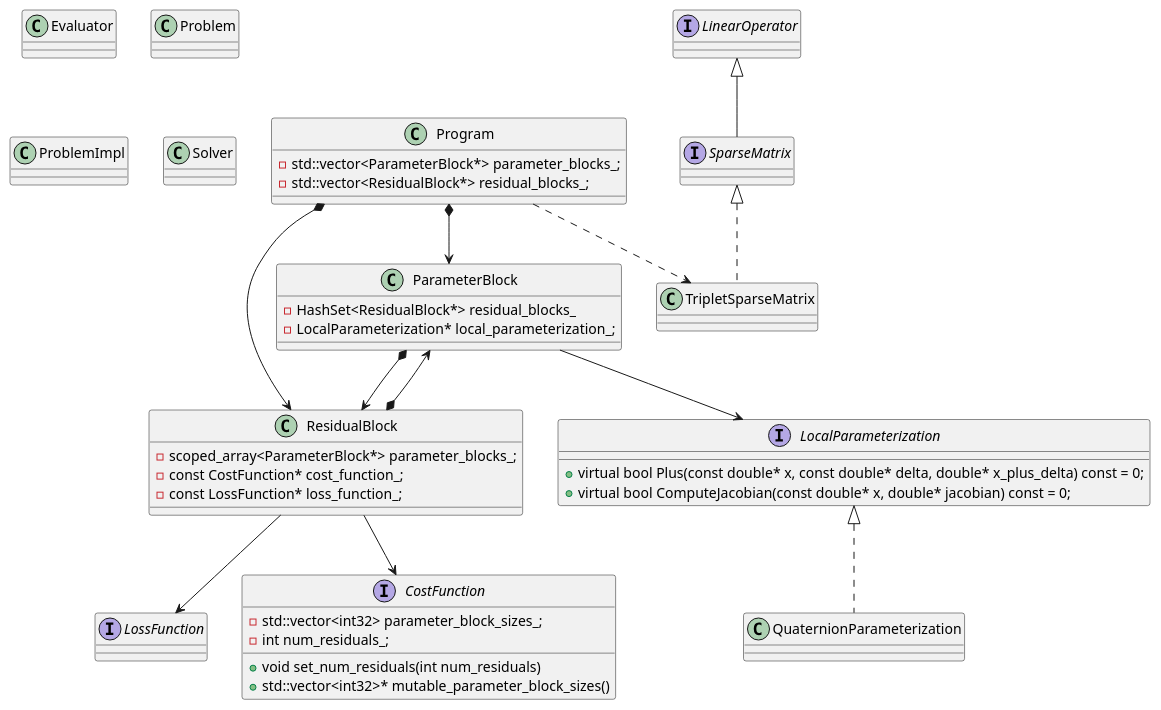
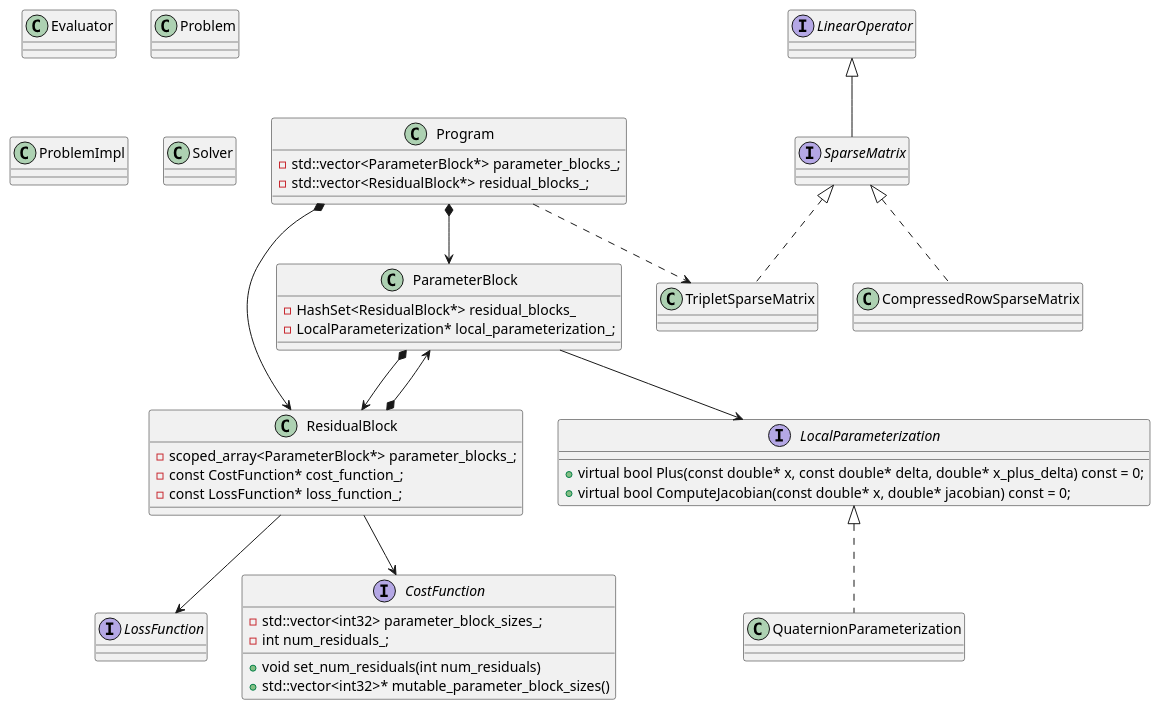
One commit to weihaoysgs/vio-hello-world-impl changed the diagram in tiny_ceres_solver/doc/uml/ceres.puml. Above: the diagram before and after it, drawn with PlantUML. The commit also changed 29 other files, not shown here.

```diff
--- a/tiny_ceres_solver/doc/uml/ceres.puml
+++ b/tiny_ceres_solver/doc/uml/ceres.puml
@@ -3,62 +3,64 @@
 @startuml
 
 class ParameterBlock {
   - HashSet<ResidualBlock*> residual_blocks_
   - LocalParameterization* local_parameterization_;
 }
 class ResidualBlock {
   - scoped_array<ParameterBlock*> parameter_blocks_;
   - const CostFunction* cost_function_;
   - const LossFunction* loss_function_;
 }
 class Program {
   - std::vector<ParameterBlock*> parameter_blocks_;
   - std::vector<ResidualBlock*> residual_blocks_;
 }
 class TripletSparseMatrix
 class QuaternionParameterization
 class Evaluator
 class Problem
 class ProblemImpl
 class Solver
+class CompressedRowSparseMatrix
 
 interface LossFunction
 interface CostFunction {
   + void set_num_residuals(int num_residuals)
   + std::vector<int32>* mutable_parameter_block_sizes()
   - std::vector<int32> parameter_block_sizes_;
   - int num_residuals_;
 }
 interface SparseMatrix
 interface LinearOperator
 interface LocalParameterization {
   + virtual bool Plus(const double* x, const double* delta, double* x_plus_delta) const = 0;
   + virtual bool ComputeJacobian(const double* x, double* jacobian) const = 0;
 }
 
 ' interface impl
 SparseMatrix <|.. TripletSparseMatrix
+SparseMatrix <|.. CompressedRowSparseMatrix
 LocalParameterization <|.. QuaternionParameterization
 
 LinearOperator <|-- SparseMatrix
 
 
 ' ## assocation（konws a）##
 ' An object knows about the existence of another object, 
 ' and the object holds a pointer or reference to the other object.
 ' ResdidualBlock have a LossFunction* or &LossFunction
 ResidualBlock --> LossFunction 
 ResidualBlock --> CostFunction
 ParameterBlock --> LocalParameterization
 
 ' Aggregation
 ParameterBlock *--> ResidualBlock
 ResidualBlock  *--> ParameterBlock
 Program        *--> ResidualBlock
 Program        *--> ParameterBlock
 
 ' dependency
 Program ..> TripletSparseMatrix
 
 
 @enduml
```
